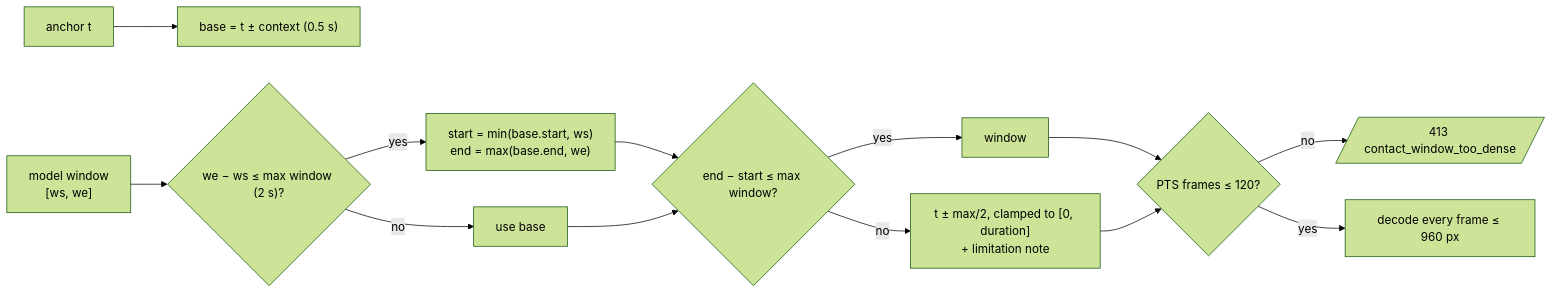
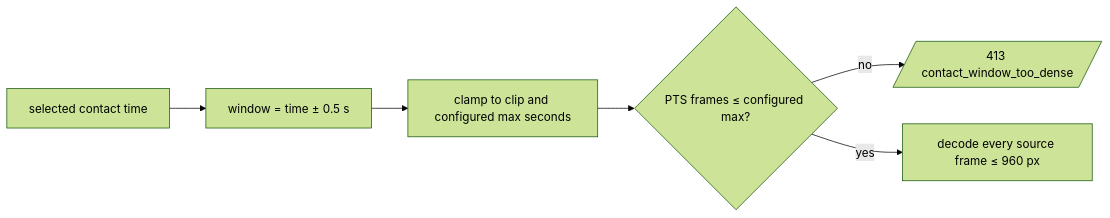
Before and after one commit to shahanur/eCricketCoach: the sixth of 9 diagrams in docs/openai-analysis-architecture.md, drawn with Mermaid (forest theme). The commit also changed other lines of this file and 8 other files, not shown here.

````diff
--- a/docs/openai-analysis-architecture.md
+++ b/docs/openai-analysis-architecture.md
@@ -464,15 +445,8 @@
 ```mermaid
 flowchart LR
-    A["anchor t"] --> B["base = t ± context (0.5 s)"]
-    P["model window<br/>[ws, we]"] --> C{"we − ws ≤ max window (2 s)?"}
-    C -- yes --> D["start = min(base.start, ws)<br/>end = max(base.end, we)"]
-    C -- no --> E["use base"]
-    D --> F{"end − start ≤ max window?"}
-    E --> F
-    F -- yes --> G["window"]
-    F -- no --> H["t ± max/2, clamped to [0, duration]<br/>+ limitation note"]
-    G --> I{"PTS frames ≤ 120?"}
-    H --> I
-    I -- no --> X[/413 contact_window_too_dense/]
-    I -- yes --> J["decode every frame ≤ 960 px"]
+    A["selected contact time"] --> B["window = time ± 0.5 s"]
+    B --> C["clamp to clip and configured max seconds"]
+    C --> D{"PTS frames ≤ configured max?"}
+    D -- no --> X[/413 contact_window_too_dense/]
+    D -- yes --> E["decode every source frame ≤ 960 px"]
 ```
````
